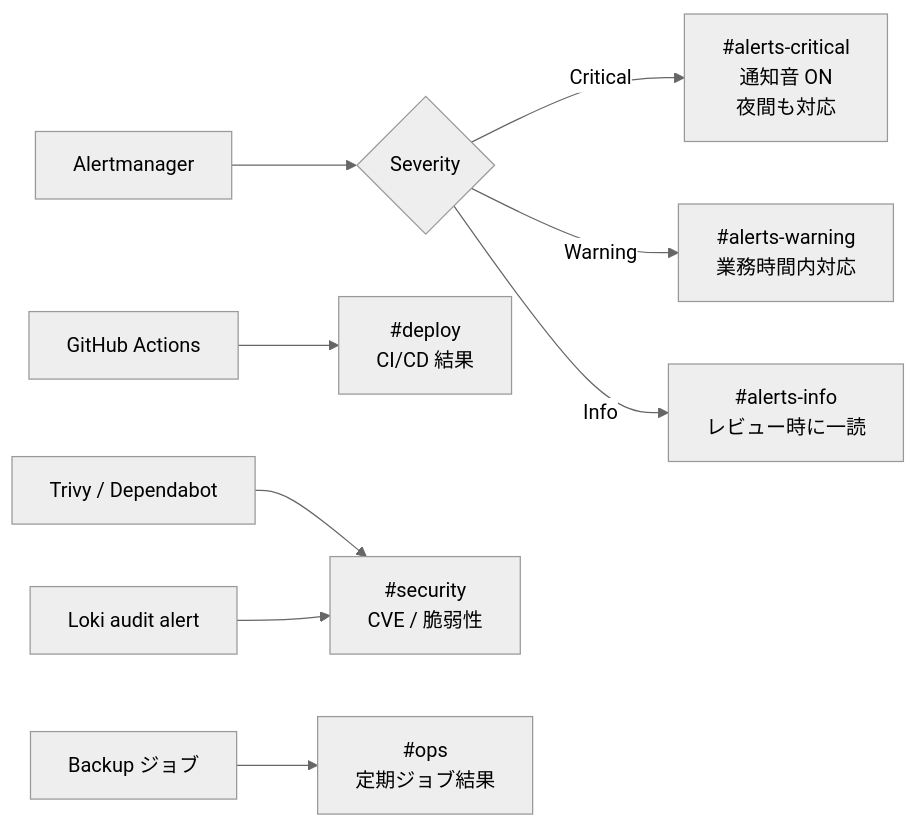
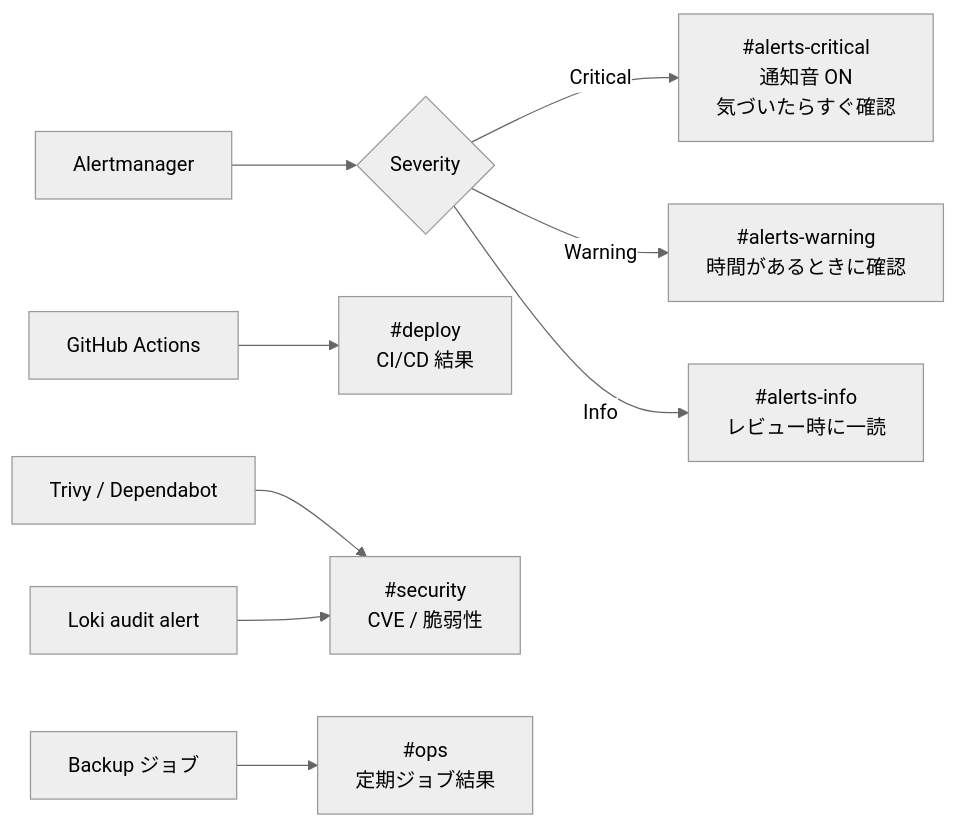
One commit to ns7jp/ns7jp changed the diagram in docs/adr/0007-slack-notifications.md. Above: the diagram before and after it, drawn with Mermaid (neutral theme). The commit also changed other lines of this file and 21 other files, not shown here.

````diff
--- a/docs/adr/0007-slack-notifications.md
+++ b/docs/adr/0007-slack-notifications.md
@@ -61,12 +61,12 @@
 ```mermaid
 flowchart LR
     AM[Alertmanager] --> Severity{Severity}
-    Severity -- Critical --> C[#alerts-critical<br/>通知音 ON<br/>夜間も対応]
-    Severity -- Warning --> W[#alerts-warning<br/>業務時間内対応]
+    Severity -- Critical --> C[#alerts-critical<br/>通知音 ON<br/>気づいたらすぐ確認]
+    Severity -- Warning --> W[#alerts-warning<br/>時間があるときに確認]
     Severity -- Info --> I[#alerts-info<br/>レビュー時に一読]
 
     GA[GitHub Actions] --> Deploy[#deploy<br/>CI/CD 結果]
     Trivy[Trivy / Dependabot] --> Sec[#security<br/>CVE / 脆弱性]
     Audit[Loki audit alert] --> Sec
     Backup[Backup ジョブ] --> Ops[#ops<br/>定期ジョブ結果]
 ```
````
